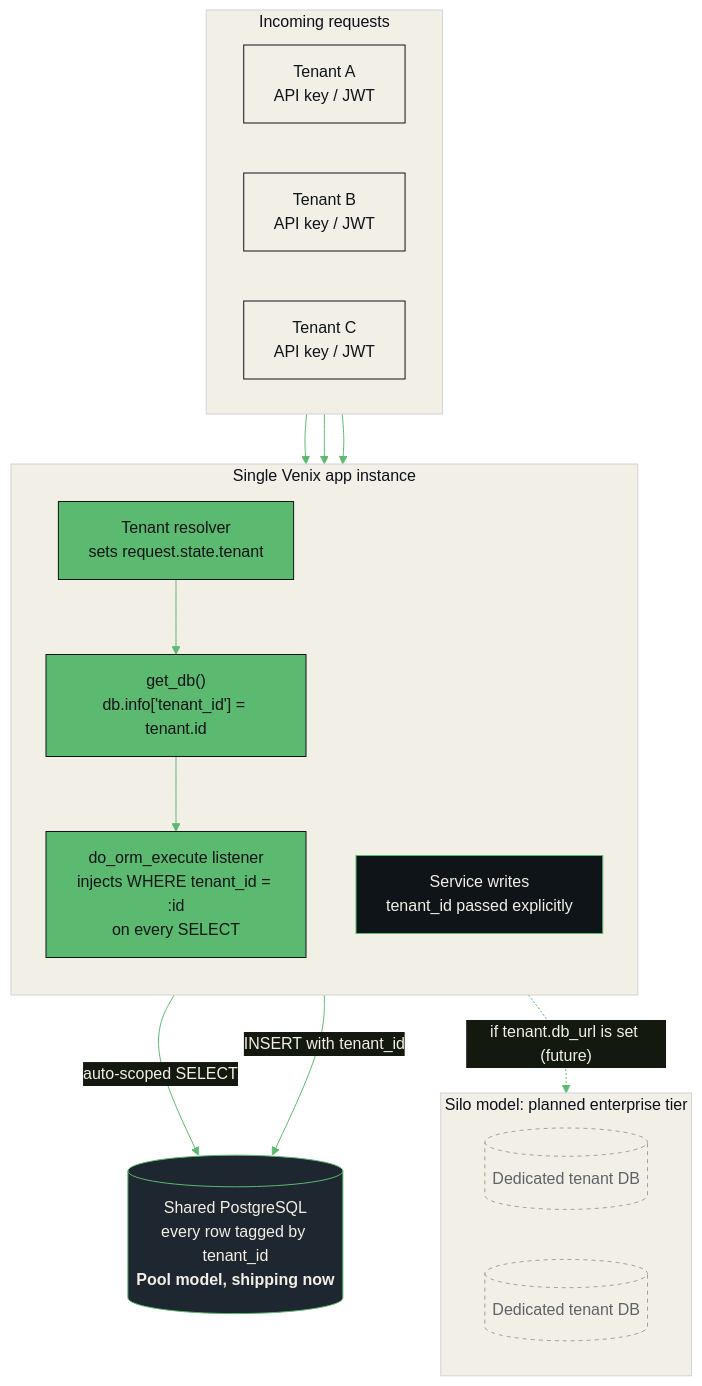
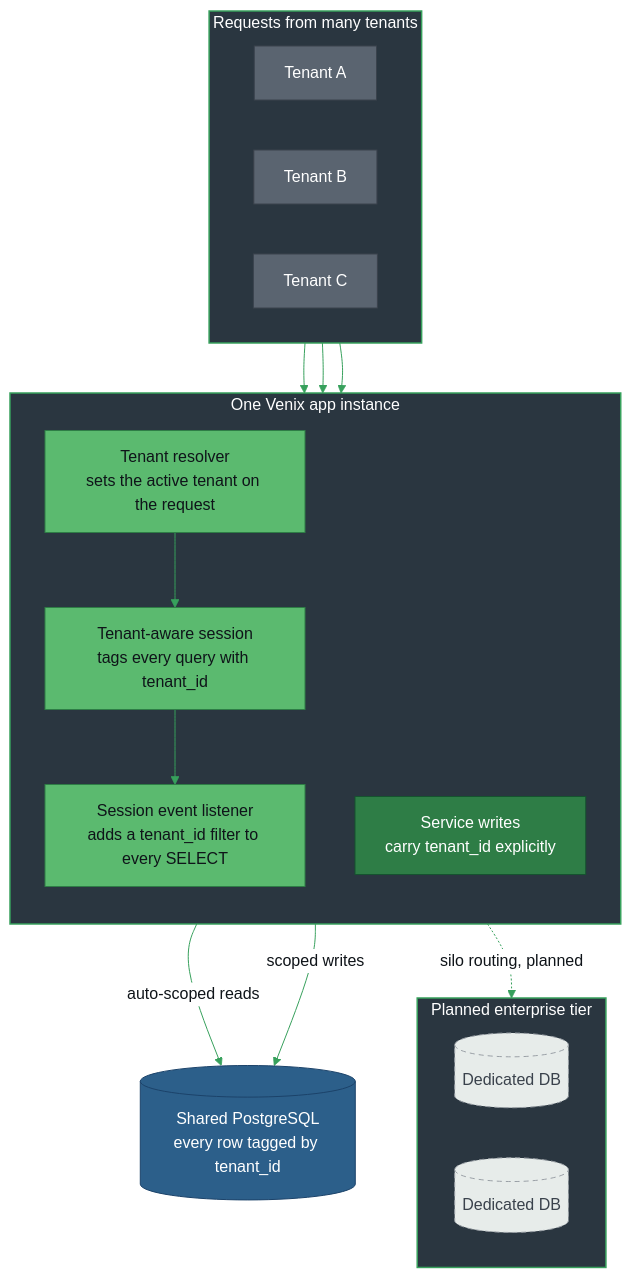
One commit to venixhq/venix changed the first of 7 diagrams in README.md. Above: the diagram before and after it, drawn with Mermaid. The commit also changed other lines of this file, not shown here.

````diff
--- a/README.md
+++ b/README.md
@@ -62,40 +62,43 @@
 ```mermaid
-%%{init: {'theme':'base','themeVariables':{'primaryColor':'#0F1419','primaryTextColor':'#F2EFE6','primaryBorderColor':'#5BBA6F','lineColor':'#5BBA6F','tertiaryColor':'#F2EFE6','fontFamily':'ui-sans-serif, system-ui, sans-serif'}}}%%
+%%{init: {'theme':'base','themeVariables':{'primaryColor':'#5BBA6F','primaryTextColor':'#0F1419','primaryBorderColor':'#2E7D46','lineColor':'#37A05C','textColor':'#24292F','edgeLabelBackground':'#FFFFFF','fontFamily':'ui-sans-serif, system-ui, sans-serif'}}}%%
 flowchart TB
-    subgraph REQ[" Incoming requests "]
+    subgraph REQ[" Requests from many tenants "]
         direction LR
-        TA["Tenant A<br/>API key / JWT"]:::ext
-        TB2["Tenant B<br/>API key / JWT"]:::ext
-        TC["Tenant C<br/>API key / JWT"]:::ext
+        TA["Tenant A"]:::ext
+        TB2["Tenant B"]:::ext
+        TC["Tenant C"]:::ext
     end
 
-    subgraph APP[" Single Venix app instance "]
+    subgraph APP[" One Venix app instance "]
         direction TB
-        Resolve["Tenant resolver<br/>sets request.state.tenant"]:::accent
-        GetDB["get_db()<br/>db.info['tenant_id'] = tenant.id"]:::accent
-        Listener["do_orm_execute listener<br/>injects WHERE tenant_id = :id<br/>on every SELECT"]:::accent
-        Writes["Service writes<br/>tenant_id passed explicitly"]:::core
+        Resolve["Tenant resolver<br/>sets the active tenant on the request"]:::accent
+        GetDB["Tenant-aware session<br/>tags every query with tenant_id"]:::accent
+        Listener["Session event listener<br/>adds a tenant_id filter to every SELECT"]:::accent
+        Writes["Service writes<br/>carry tenant_id explicitly"]:::core
     end
 
-    SharedPG[("Shared PostgreSQL<br/>every row tagged by tenant_id<br/><b>Pool model, shipping now</b>")]:::store
+    SharedPG[("Shared PostgreSQL<br/>every row tagged by tenant_id")]:::store
 
-    subgraph SILO[" Silo model: planned enterprise tier "]
+    subgraph SILO[" Planned enterprise tier "]
         direction LR
-        DBA[("Dedicated tenant DB")]:::future
-        DBB[("Dedicated tenant DB")]:::future
+        DBA[("Dedicated DB")]:::future
+        DBB[("Dedicated DB")]:::future
     end
 
     TA --> Resolve
     TB2 --> Resolve
     TC --> Resolve
     Resolve --> GetDB --> Listener
-    Listener -->|"auto-scoped SELECT"| SharedPG
-    Writes -->|"INSERT with tenant_id"| SharedPG
-    GetDB -.->|"if tenant.db_url is set (future)"| SILO
+    Listener -->|"auto-scoped reads"| SharedPG
+    Writes -->|"scoped writes"| SharedPG
+    GetDB -.->|"silo routing, planned"| SILO
 
-    classDef core fill:#0F1419,stroke:#5BBA6F,color:#F2EFE6;
-    classDef accent fill:#5BBA6F,stroke:#0F1419,color:#0F1419;
-    classDef ext fill:#F2EFE6,stroke:#0F1419,color:#0F1419;
-    classDef store fill:#1E2630,stroke:#5BBA6F,color:#F2EFE6;
-    classDef future fill:#F2EFE6,stroke:#9AA0A6,color:#5F6368,stroke-dasharray:4 4;
+    classDef accent fill:#5BBA6F,stroke:#2E7D46,color:#0F1419;
+    classDef core fill:#2E7D46,stroke:#15532F,color:#FFFFFF;
+    classDef store fill:#2C5F8A,stroke:#1C436A,color:#FFFFFF;
+    classDef ext fill:#5A6470,stroke:#3A424C,color:#FFFFFF;
+    classDef future fill:#E7ECEA,stroke:#9AA0A6,color:#3A424C,stroke-dasharray:5 4;
+    style REQ fill:#2A3640,stroke:#37A05C,color:#FFFFFF,stroke-width:1.5px;
+    style APP fill:#2A3640,stroke:#37A05C,color:#FFFFFF,stroke-width:1.5px;
+    style SILO fill:#2A3640,stroke:#37A05C,color:#FFFFFF,stroke-width:1.5px;
 ```
````
